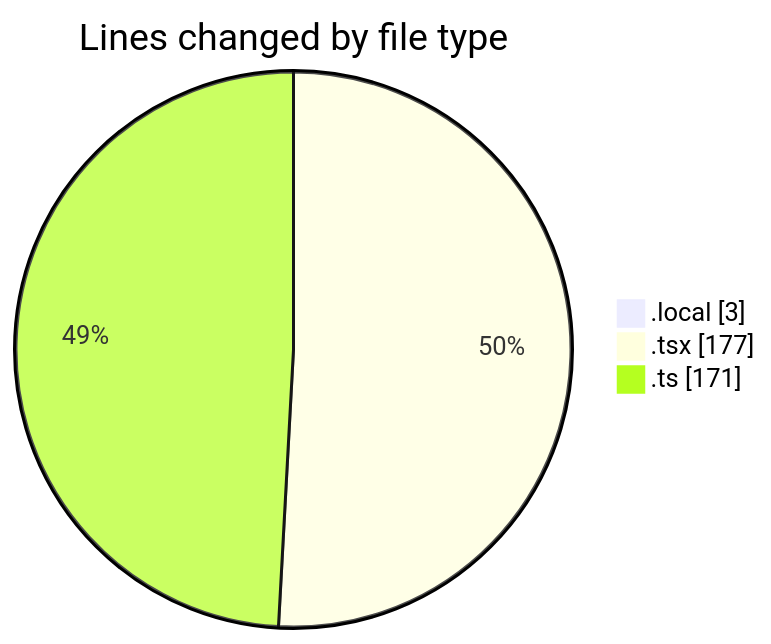
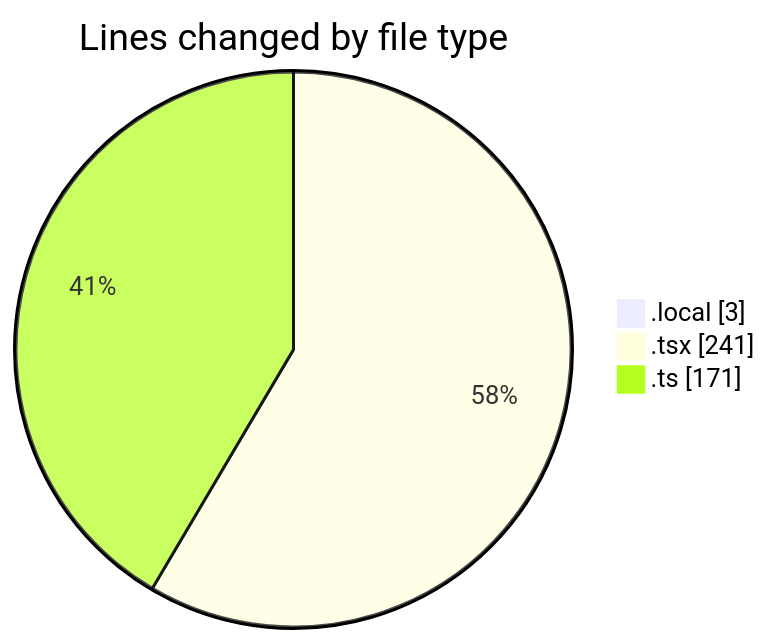
One commit to julien-gomy/code-tracking changed the first of 2 diagrams in 2025-11-20/eventscop-frontend-guide__workspace_/README.md. Above: the diagram before and after it, drawn with Mermaid. The commit also changed other lines of this file and 1 other file, not shown here.

````diff
--- a/2025-11-20/eventscop-frontend-guide__workspace_/README.md
+++ b/2025-11-20/eventscop-frontend-guide__workspace_/README.md
@@ -25,7 +25,7 @@
 ```mermaid
 pie showData
 title Lines changed by file type
 ".local" : 3
-".tsx" : 177
+".tsx" : 241
 ".ts" : 171
 ```
````
